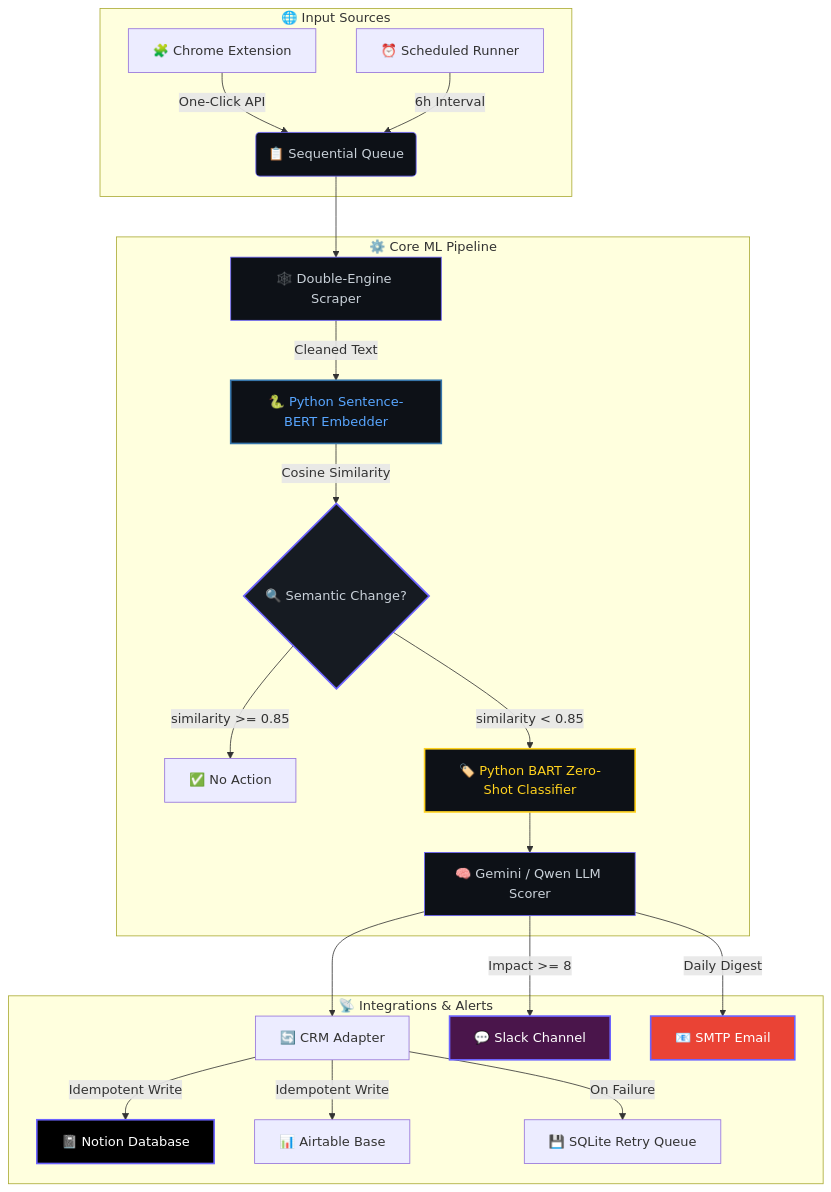
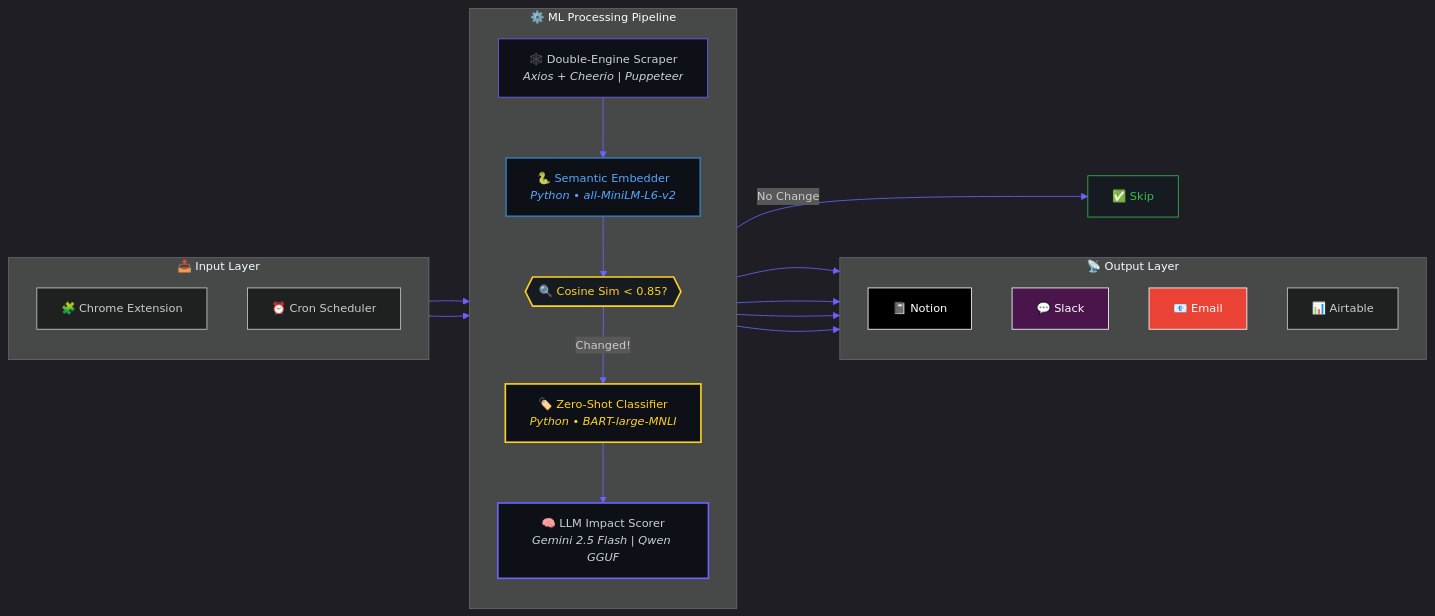
The diagram in README.md (NitheshK4/Autonomous-Competitor-Intelligence-Engine), drawn with Mermaid before and after one commit. The commit also changed other lines of this file, not shown here.

Commit message:
🎨 Premium README v3: venom header, dark mermaid architecture, ML pipeline showcase

````diff
--- a/README.md
+++ b/README.md
@@ -60,35 +57,49 @@
 ```mermaid
-graph TD
-    subgraph "🌐 Input Sources"
-        A["🧩 Chrome Extension"] -->|"One-Click API"| B("📋 Sequential Queue")
-        C["⏰ Scheduled Runner"] -->|"6h Interval"| B
+%%{init: {'theme': 'dark', 'themeVariables': { 'primaryColor': '#6C63FF', 'primaryTextColor': '#c9d1d9', 'primaryBorderColor': '#6C63FF', 'lineColor': '#6C63FF', 'secondaryColor': '#161b22', 'tertiaryColor': '#0d1117', 'fontSize': '14px'}}}%%
+
+graph LR
+    subgraph INPUT["📥 Input Layer"]
+        direction TB
+        EXT["🧩 Chrome Extension"]
+        CRON["⏰ Cron Scheduler"]
     end
 
-    subgraph "⚙️ Core ML Pipeline"
-        B --> D["🕸️ Double-Engine Scraper"]
-        D -->|"Cleaned Text"| E["🐍 Python Sentence-BERT Embedder"]
-        E -->|"Cosine Similarity"| F{"🔍 Semantic Change?"}
-        F -->|"similarity >= 0.85"| G["✅ No Action"]
-        F -->|"similarity < 0.85"| H["🏷️ Python BART Zero-Shot Classifier"]
-        H --> I["🧠 Gemini / Qwen LLM Scorer"]
+    subgraph PIPELINE["⚙️ ML Processing Pipeline"]
+        direction TB
+        SCRAPE["🕸️ Double-Engine Scraper<br/><i>Axios + Cheerio | Puppeteer</i>"]
+        EMBED["🐍 Semantic Embedder<br/><i>Python • all-MiniLM-L6-v2</i>"]
+        GATE{{"🔍 Cosine Sim < 0.85?"}}
+        CLASS["🏷️ Zero-Shot Classifier<br/><i>Python • BART-large-MNLI</i>"]
+        LLM["🧠 LLM Impact Scorer<br/><i>Gemini 2.5 Flash | Qwen GGUF</i>"]
     end
 
-    subgraph "📡 Integrations & Alerts"
-        I --> J["🔄 CRM Adapter"]
-        J -->|"Idempotent Write"| K["📓 Notion Database"]
-        J -->|"Idempotent Write"| L["📊 Airtable Base"]
-        J -->|"On Failure"| M["💾 SQLite Retry Queue"]
-        I -->|"Impact >= 8"| N["💬 Slack Channel"]
-        I -->|"Daily Digest"| O["📧 SMTP Email"]
+    subgraph OUTPUT["📡 Output Layer"]
+        direction TB
+        NOTION["📓 Notion"]
+        SLACK["💬 Slack"]
+        EMAIL["📧 Email"]
+        AIRTABLE["📊 Airtable"]
     end
 
-    style K fill:#000000,stroke:#6C63FF,stroke-width:2px,color:#fff
-    style N fill:#4A154B,stroke:#6C63FF,stroke-width:2px,color:#fff
-    style O fill:#EA4335,stroke:#6C63FF,stroke-width:2px,color:#fff
-    style B fill:#0d1117,stroke:#6C63FF,stroke-width:1px,color:#c9d1d9
-    style D fill:#0d1117,stroke:#6C63FF,stroke-width:1px,color:#c9d1d9
-    style E fill:#0d1117,stroke:#3776AB,stroke-width:2px,color:#58a6ff
-    style H fill:#0d1117,stroke:#FFD21E,stroke-width:2px,color:#FFD21E
-    style I fill:#0d1117,stroke:#6C63FF,stroke-width:1px,color:#c9d1d9
-    style F fill:#161b22,stroke:#6C63FF,stroke-width:2px,color:#c9d1d9
+    EXT --> SCRAPE
+    CRON --> SCRAPE
+    SCRAPE --> EMBED
+    EMBED --> GATE
+    GATE -->|"No Change"| SKIP["✅ Skip"]
+    GATE -->|"Changed!"| CLASS
+    CLASS --> LLM
+    LLM --> NOTION
+    LLM --> SLACK
+    LLM --> EMAIL
+    LLM --> AIRTABLE
+
+    style GATE fill:#161b22,stroke:#FFD21E,stroke-width:2px,color:#FFD21E
+    style SCRAPE fill:#0d1117,stroke:#6C63FF,stroke-width:1px,color:#c9d1d9
+    style EMBED fill:#0d1117,stroke:#3776AB,stroke-width:2px,color:#58a6ff
+    style CLASS fill:#0d1117,stroke:#FFD21E,stroke-width:2px,color:#FFD21E
+    style LLM fill:#0d1117,stroke:#6C63FF,stroke-width:2px,color:#c9d1d9
+    style NOTION fill:#000,stroke:#fff,stroke-width:1px,color:#fff
+    style SLACK fill:#4A154B,stroke:#fff,stroke-width:1px,color:#fff
+    style EMAIL fill:#EA4335,stroke:#fff,stroke-width:1px,color:#fff
+    style SKIP fill:#161b22,stroke:#3fb950,stroke-width:1px,color:#3fb950
 ```
````
